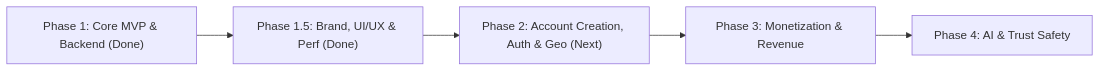
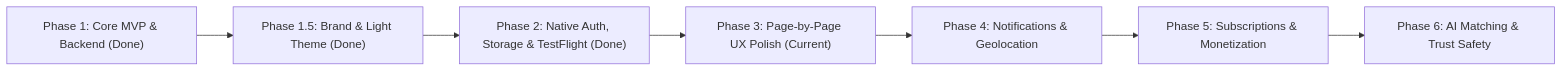
One commit to venky24K/crush changed the diagram in ROADMAP.md. Above: the diagram before and after it, drawn with Mermaid. The commit also changed other lines of this file, not shown here.

Commit message:
docs: update roadmap marking Phase 2 live on TestFlight and establishing Phase 3 page-by-page polish sprint

````diff
--- a/ROADMAP.md
+++ b/ROADMAP.md
@@ -9,7 +9,9 @@
 ```mermaid
 flowchart LR
-    A["Phase 1: Core MVP & Backend (Done)"] --> B["Phase 1.5: Brand, UI/UX & Perf (Done)"]
-    B --> C["Phase 2: Account Creation, Auth & Geo (Next)"]
-    C --> D["Phase 3: Monetization & Revenue"]
-    D --> E["Phase 4: AI & Trust Safety"]
+    A["Phase 1: Core MVP & Backend (Done)"] --> B["Phase 1.5: Brand & Light Theme (Done)"]
+    B --> C["Phase 2: Native Auth, Storage & TestFlight (Done)"]
+    C --> D["Phase 3: Page-by-Page UX Polish (Current)"]
+    D --> E["Phase 4: Notifications & Geolocation"]
+    E --> F["Phase 5: Subscriptions & Monetization"]
+    F --> G["Phase 6: AI Matching & Trust Safety"]
 ```
````
